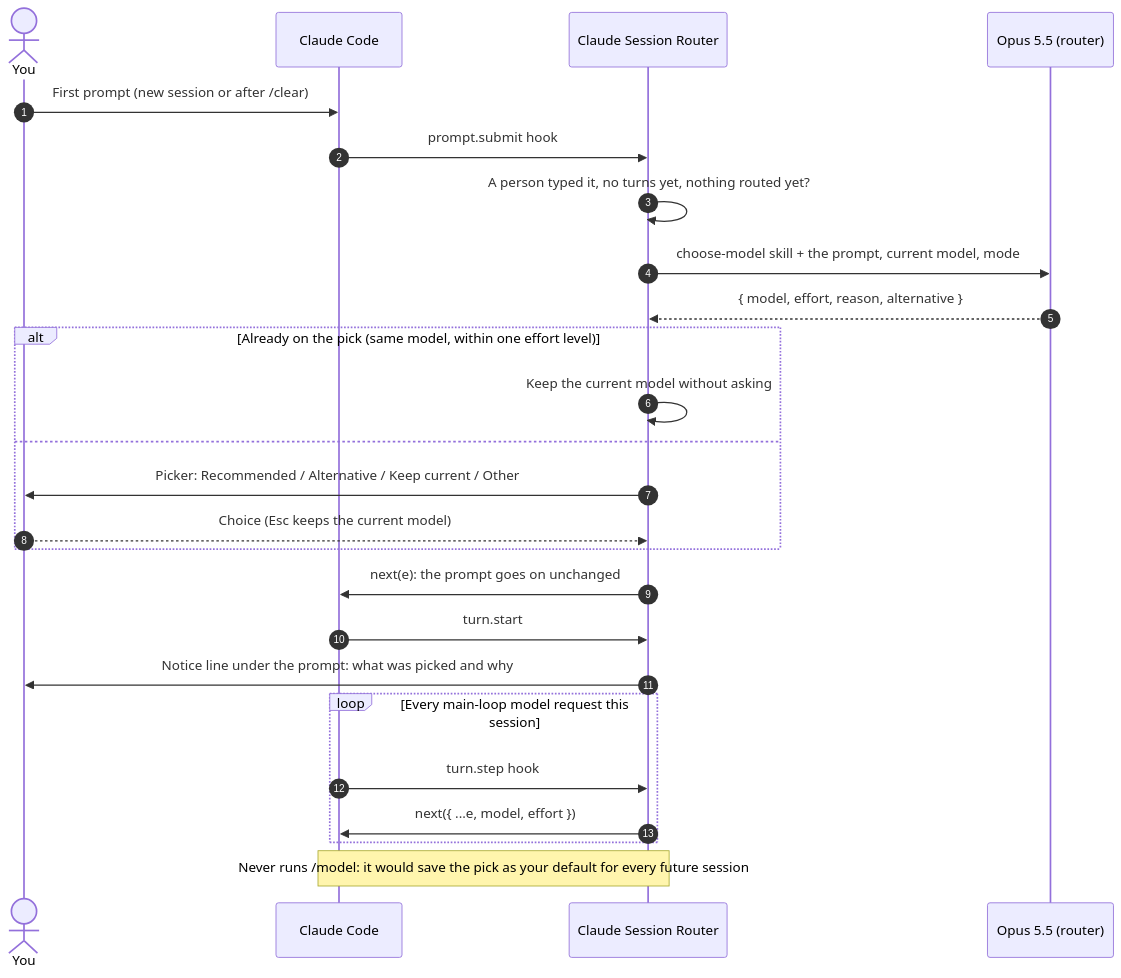
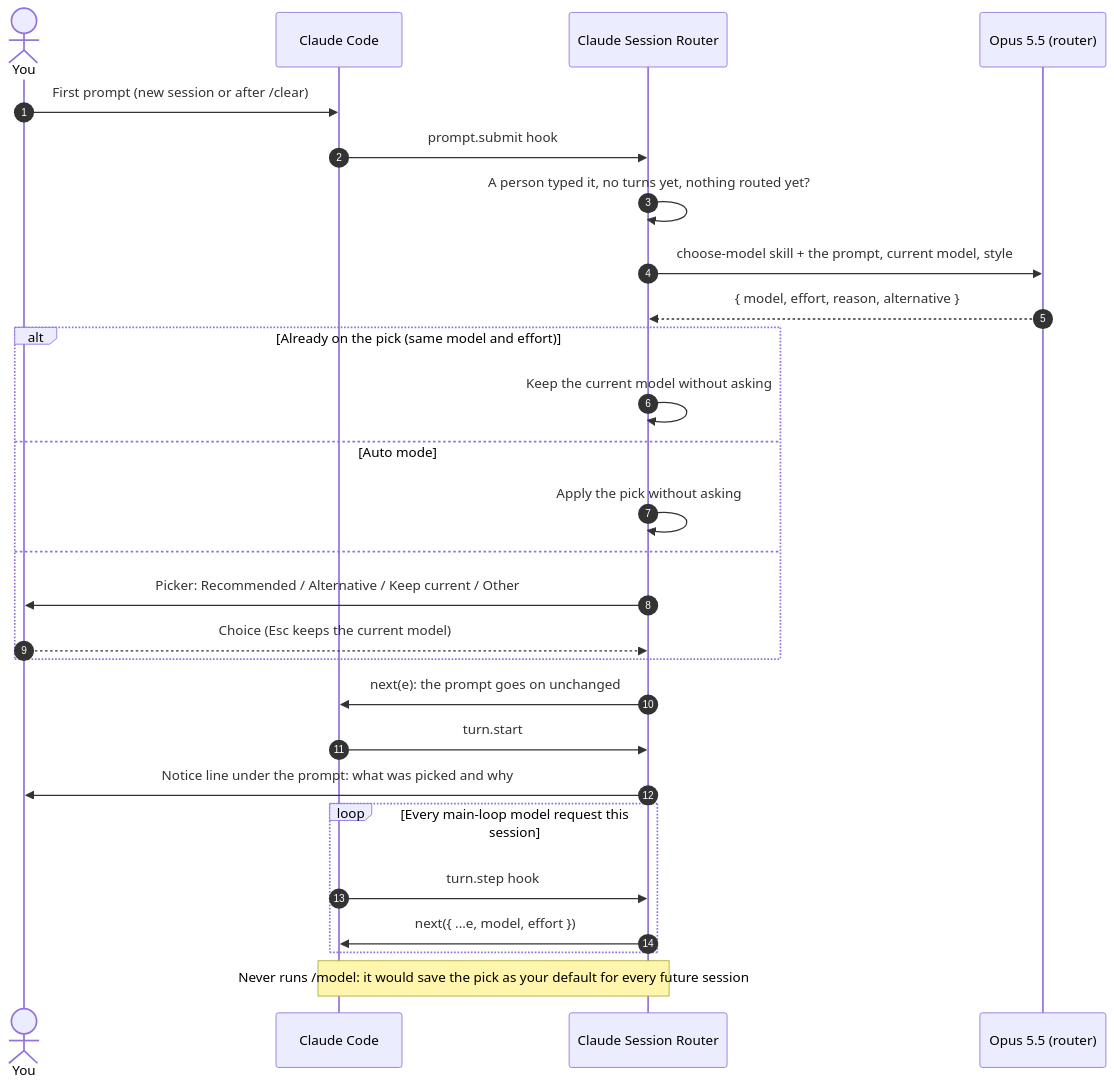
The diagram in docs/how-it-works.md (htxryan/claude-session-router), drawn with Mermaid before and after one commit. The commit also changed other lines of this file and 9 other files, not shown here.

First line of the commit message:
Docs cleanup, Settings section, askIfSame, and mode/style (#26)

````diff
--- a/docs/how-it-works.md
+++ b/docs/how-it-works.md
@@ -5,27 +5,29 @@
 ```mermaid
 sequenceDiagram
     autonumber
     actor You
     participant CC as Claude Code
     participant Mod as Claude Session Router
     participant Opus as Opus 5.5 (router)
     You->>CC: First prompt (new session or after /clear)
     CC->>Mod: prompt.submit hook
     Mod->>Mod: A person typed it, no turns yet, nothing routed yet?
-    Mod->>Opus: choose-model skill + the prompt, current model, mode
+    Mod->>Opus: choose-model skill + the prompt, current model, style
     Opus-->>Mod: { model, effort, reason, alternative }
-    alt Already on the pick (same model, within one effort level)
+    alt Already on the pick (same model and effort)
         Mod->>Mod: Keep the current model without asking
+    else Auto mode
+        Mod->>Mod: Apply the pick without asking
     else
         Mod->>You: Picker: Recommended / Alternative / Keep current / Other
         You-->>Mod: Choice (Esc keeps the current model)
     end
     Mod->>CC: next(e): the prompt goes on unchanged
     CC->>Mod: turn.start
     Mod->>You: Notice line under the prompt: what was picked and why
     loop Every main-loop model request this session
         CC->>Mod: turn.step hook
         Mod->>CC: next({ ...e, model, effort })
     end
     Note over Mod,CC: Never runs /model: it would save the pick as your default for every future session
 ```
````
